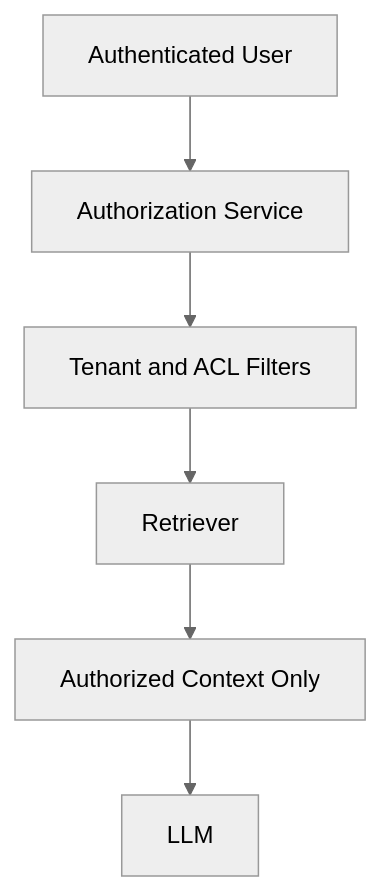
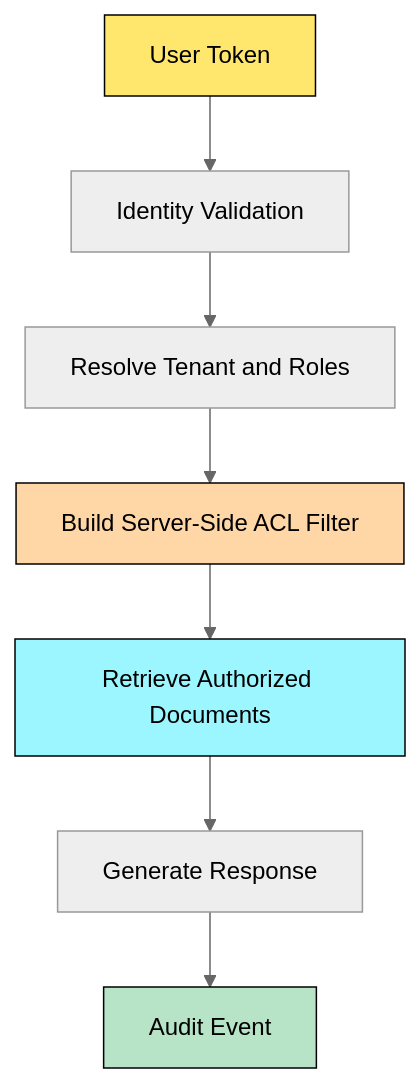
Before and after one commit to azam123/Engineering-Interview-Prep: the fourth of 5 diagrams in 05-GenAI-RAG-Interview-QA.md, drawn with Mermaid (neutral theme). The commit also changed other lines of this file, not shown here.

````diff
--- a/05-GenAI-RAG-Interview-QA.md
+++ b/05-GenAI-RAG-Interview-QA.md
@@ -43,8 +288,14 @@
 ```mermaid
 flowchart TD
-    U[Authenticated User] --> A[Authorization Service]
-    A --> F[Tenant and ACL Filters]
-    F --> R[Retriever]
-    R --> C[Authorized Context Only]
-    C --> L[LLM]
+    A[User Token] --> B[Identity Validation]
+    B --> C[Resolve Tenant and Roles]
+    C --> D[Build Server-Side ACL Filter]
+    D --> E[Retrieve Authorized Documents]
+    E --> F[Generate Response]
+    F --> G[Audit Event]
+
+    style A fill:#ffe66d,color:#000,stroke:#000
+    style D fill:#ffd6a5,color:#000,stroke:#000
+    style E fill:#9bf6ff,color:#000,stroke:#000
+    style G fill:#b7e4c7,color:#000,stroke:#000
 ```
````
